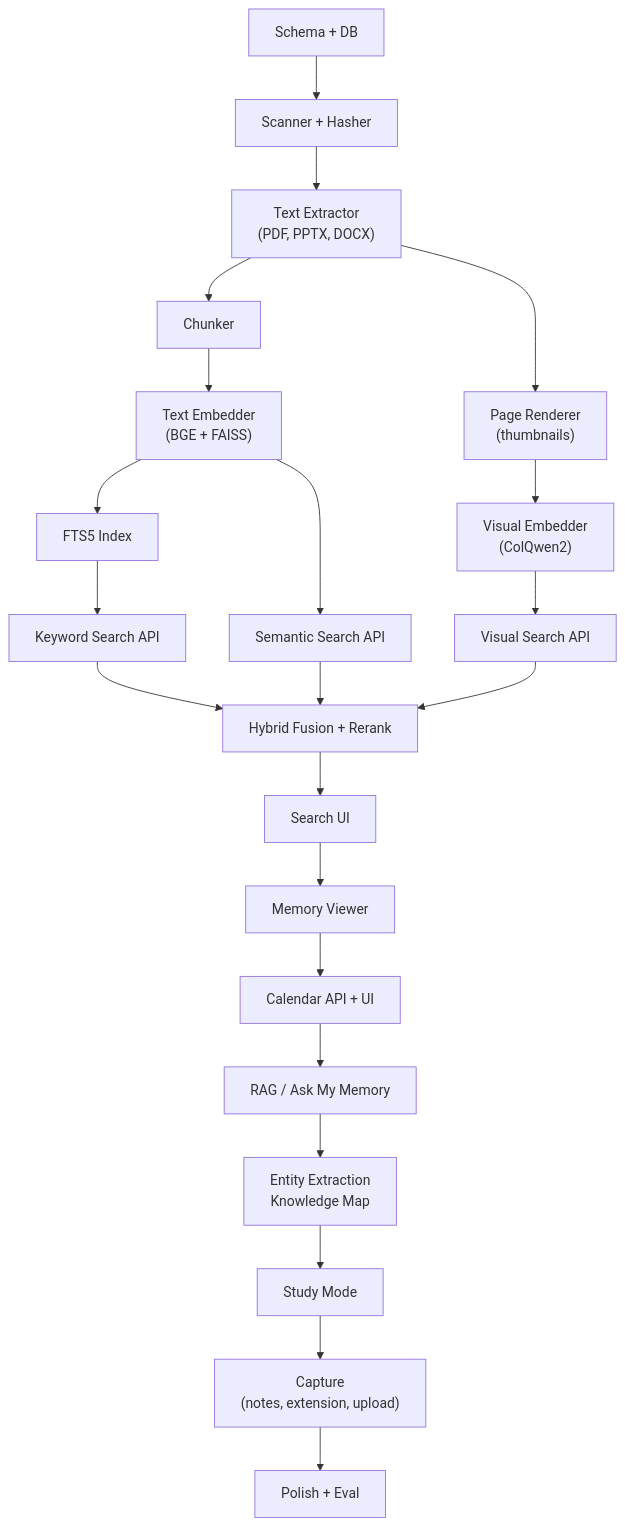
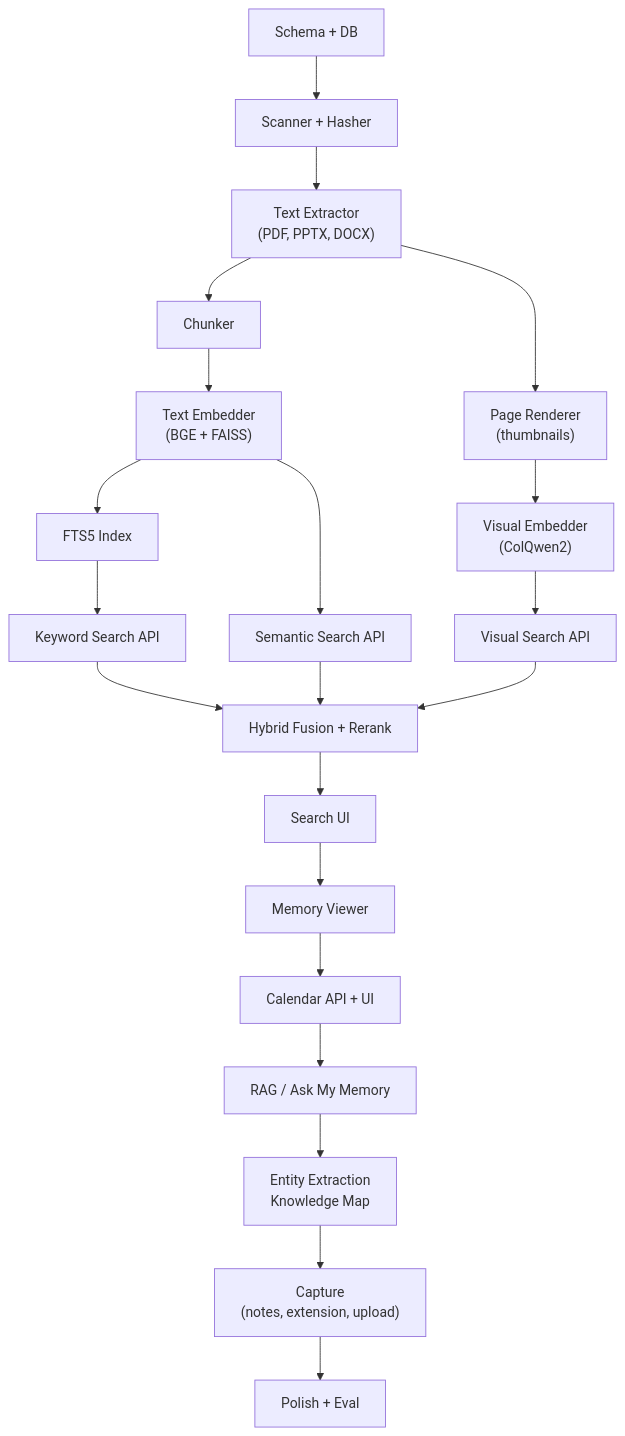
One commit to yashrao11/recall changed the second of 2 diagrams in ROADMAP.md. Above: the diagram before and after it, drawn with Mermaid. The commit also changed other lines of this file and 14 other files, not shown here.

Commit message:
Remove Study Mode from Recall

````diff
--- a/ROADMAP.md
+++ b/ROADMAP.md
@@ -761,24 +688,23 @@
 ```mermaid
 flowchart TD
   A["Schema + DB"] --> B["Scanner + Hasher"]
   B --> C["Text Extractor\n(PDF, PPTX, DOCX)"]
   C --> D["Chunker"]
   D --> E["Text Embedder\n(BGE + FAISS)"]
   E --> F["FTS5 Index"]
   F --> G["Keyword Search API"]
   E --> H["Semantic Search API"]
   G --> I["Hybrid Fusion + Rerank"]
   H --> I
   I --> J["Search UI"]
   C --> K["Page Renderer\n(thumbnails)"]
   K --> L["Visual Embedder\n(ColQwen2)"]
   L --> M["Visual Search API"]
   M --> I
   J --> N["Memory Viewer"]
   N --> O["Calendar API + UI"]
   O --> P["RAG / Ask My Memory"]
   P --> Q["Entity Extraction\nKnowledge Map"]
-  Q --> R["Study Mode"]
-  R --> S["Capture\n(notes, extension, upload)"]
+  Q --> S["Capture\n(notes, extension, upload)"]
   S --> T["Polish + Eval"]
 ```
````
